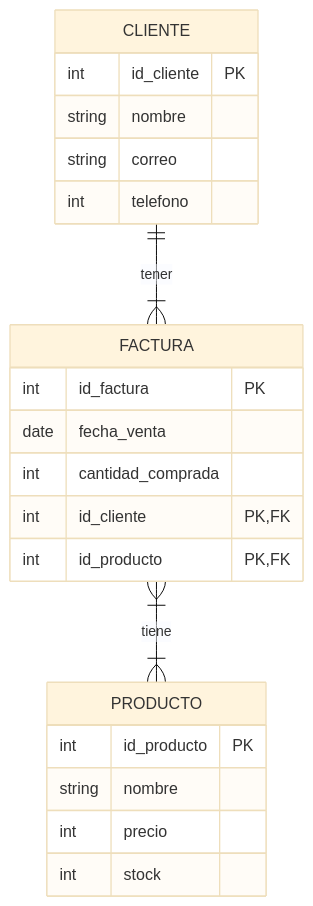
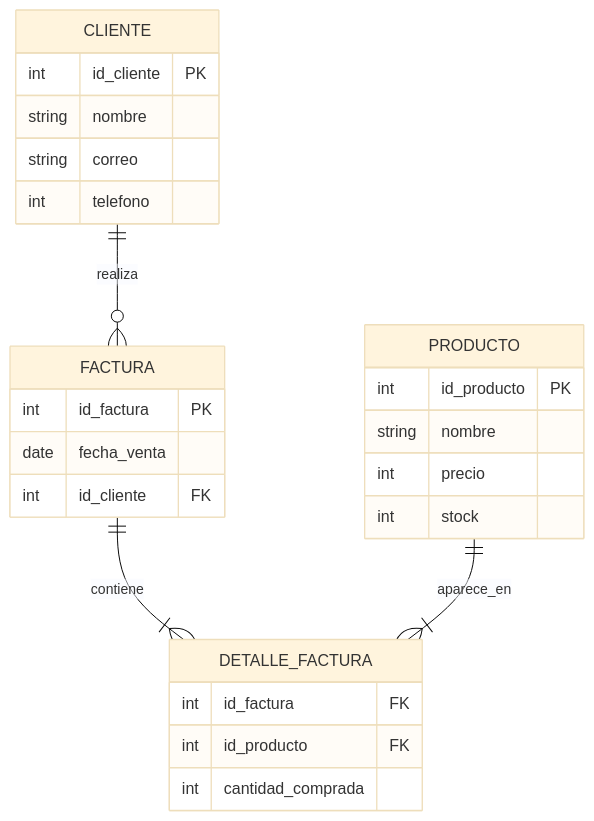
The second of 3 diagrams in readme.md (juliialzate/Diagramas-Entidad-Relaci-n), drawn with Mermaid (base theme) before and after one commit. The commit also changed other lines of this file, not shown here.

````diff
--- a/readme.md
+++ b/readme.md
@@ -37,28 +37,32 @@
 ```mermaid
 erDiagram
-	direction TB
-	PRODUCTO {
-		int id_producto PK ""  
-		string nombre  ""  
-		int precio  "" 
-    int stock
-	}
+    CLIENTE {
+        int id_cliente PK
+        string nombre
+        string correo
+        int telefono
+    }
 
-	CLIENTE {
-		int id_cliente PK ""  
-		string nombre  ""  
-		string correo  ""  
-		int telefono  ""  
-	}
+    FACTURA {
+        int id_factura PK
+        date fecha_venta
+        int id_cliente FK
+    }
 
-	FACTURA {
-		int id_factura PK ""  
-		date fecha_venta  ""  
-		int cantidad_comprada ""  
-    int id_cliente PK, FK
-    int id_producto PK, FK
-	}
+    PRODUCTO {
+        int id_producto PK
+        string nombre
+        int precio
+        int stock
+    }
 
-    CLIENTE ||--|{ FACTURA : tener
-    FACTURA }|--|{ PRODUCTO : tiene 
+    DETALLE_FACTURA {
+        int id_factura  FK
+        int id_producto  FK
+        int cantidad_comprada
+    }
+
+    CLIENTE ||--o{ FACTURA : realiza
+    FACTURA ||--|{ DETALLE_FACTURA : contiene
+    PRODUCTO ||--|{ DETALLE_FACTURA : aparece_en
 ```   
````
